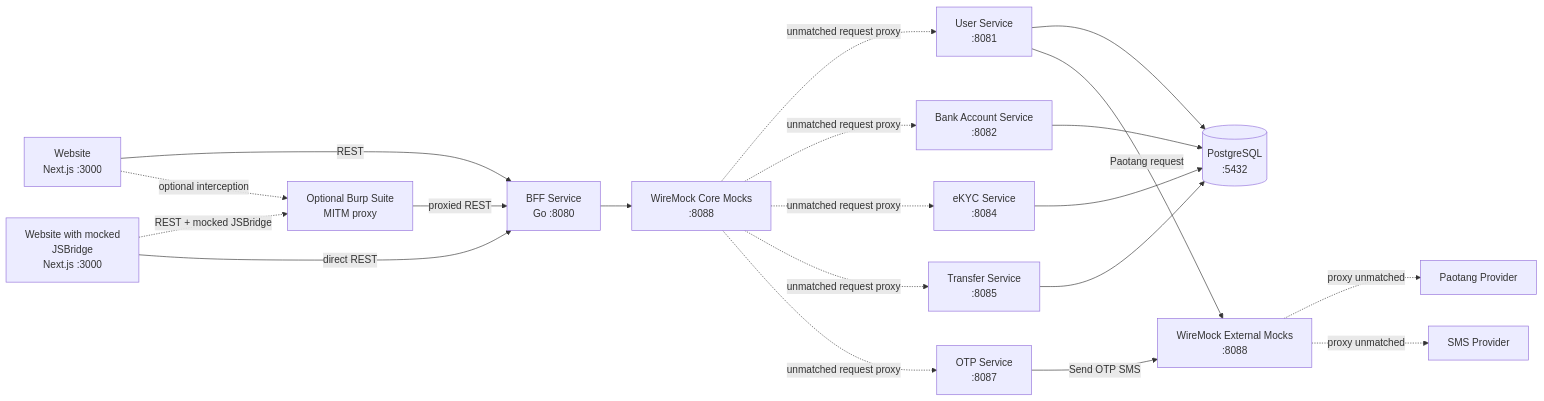
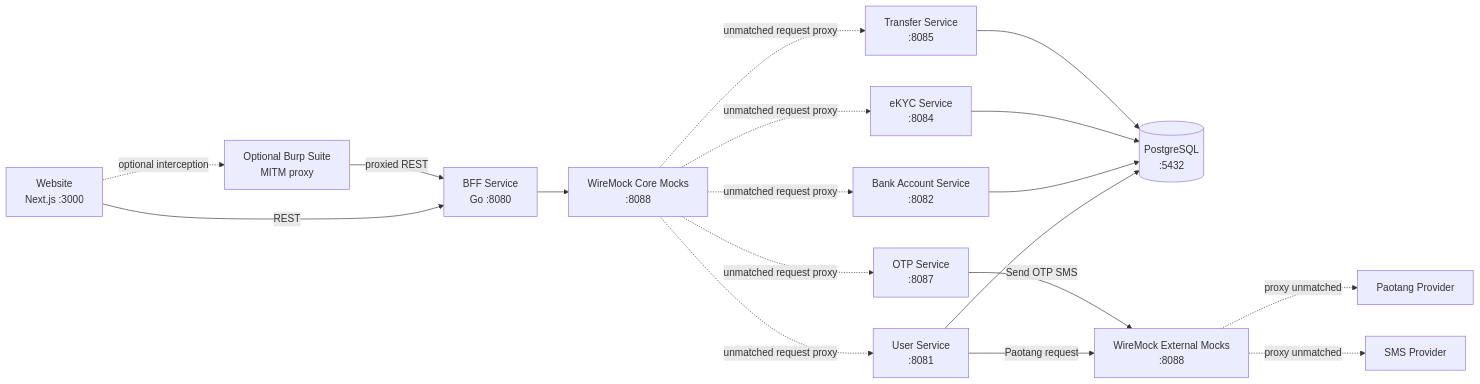
One commit to SiwakornSitti/ultra-smoooooth-testing changed the second of 3 diagrams in SYSTEM-ARCHITECTURE.md. Above: the diagram before and after it, drawn with Mermaid. The commit also changed other lines of this file and 18 other files, not shown here.

````diff
--- a/SYSTEM-ARCHITECTURE.md
+++ b/SYSTEM-ARCHITECTURE.md
@@ -60,42 +57,39 @@
 ```mermaid
 flowchart LR
     Browser[Website\nNext.js :3000]
-    BridgeWebsite[Website with mocked\nJSBridge\nNext.js :3000]
     Burp[Optional Burp Suite\nMITM proxy]
     BFF[BFF Service\nGo :8080]
 
     User[User Service\n:8081]
     Account[Bank Account Service\n:8082]
     EKYC[eKYC Service\n:8084]
     Transfer[Transfer Service\n:8085]
     OTP[OTP Service\n:8087]
 
     DB[(PostgreSQL\n:5432)]
     MockCore[WireMock Core Mocks\n:8088]
     MockExternal[WireMock External Mocks\n:8088]
     PaotangProvider[Paotang Provider]
     SMSProvider[SMS Provider]
 
     Browser -->|REST| BFF
-    BridgeWebsite -.->|REST + mocked JSBridge| Burp
-    BridgeWebsite -->|direct REST| BFF
     Burp -->|proxied REST| BFF
     Browser -.->|optional interception| Burp
 
     BFF --> MockCore
 
     MockCore -.->|unmatched request proxy| User
     MockCore -.->|unmatched request proxy| Account
     MockCore -.->|unmatched request proxy| EKYC
     MockCore -.->|unmatched request proxy| Transfer
     MockCore -.->|unmatched request proxy| OTP
 
     User --> DB
     Account --> DB
     EKYC --> DB
     Transfer --> DB
     User -->|Paotang request| MockExternal
     OTP -->|Send OTP SMS| MockExternal
     MockExternal -.->|proxy unmatched| PaotangProvider
     MockExternal -.->|proxy unmatched| SMSProvider
 ```
````
